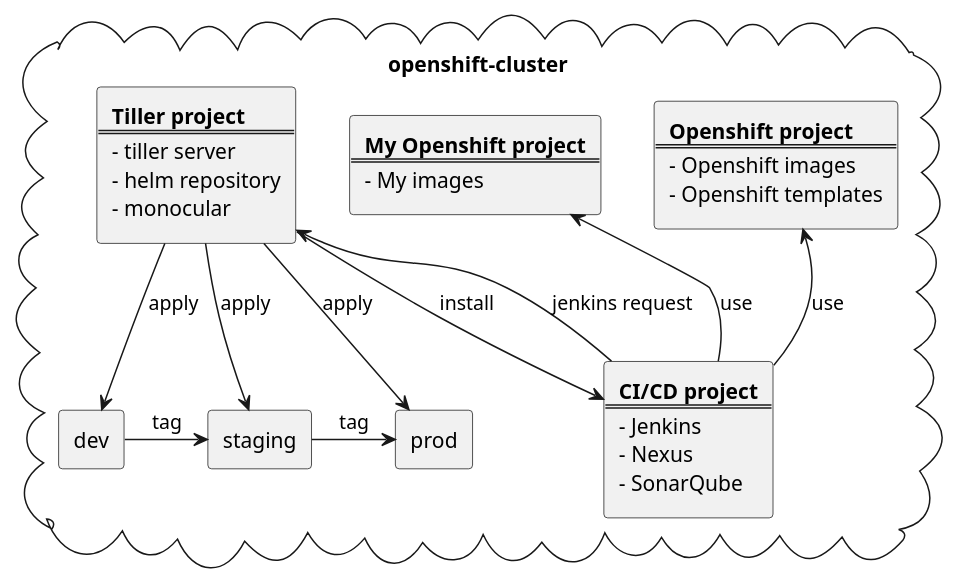
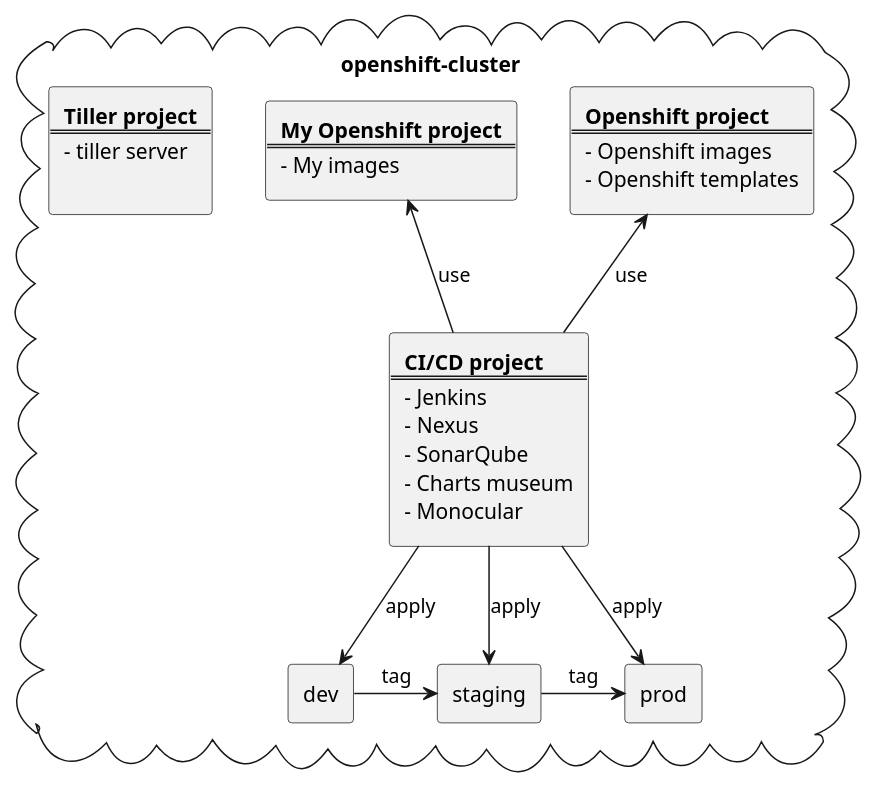
The diagram in doc/images/architecture.puml (arnaud-deprez/cicd-openshift), drawn with PlantUML before and after one commit. The commit also changed 7 other files, not shown here.

Commit message:
use helm without tiller

```diff
--- a/doc/images/architecture.puml
+++ b/doc/images/architecture.puml
@@ -1,47 +1,46 @@
 @startuml
 top to bottom direction
 skinparam packageStyle rect
 
 cloud "openshift-cluster" {
     
     rectangle openshift [
         <b>Openshift project</b>
         ====
         - Openshift images
         - Openshift templates
     ]
     rectangle my [
         <b>My Openshift project</b>
         ====
         - My images
     ]
     rectangle tiller [
         <b>Tiller project</b>
         ===
         - tiller server
-        - helm repository
-        - monocular
+        
     ]
     rectangle cicd [
         <b>CI/CD project</b>
         ====
         - Jenkins
         - Nexus
         - SonarQube
+        - Charts museum
+        - Monocular
     ]
     rectangle dev
     rectangle staging
     rectangle prod
 
     openshift <-- cicd : use
     my <-- cicd : use
-    cicd --> tiller : jenkins request
-    tiller --> cicd : install
-    tiller --> dev : apply
-    tiller --> staging : apply
-    tiller --> prod : apply
+    cicd --> dev : apply
+    cicd --> staging : apply
+    cicd --> prod : apply
     dev -right-> staging : tag
     staging -right-> prod : tag
 }
 
 @enduml
```
